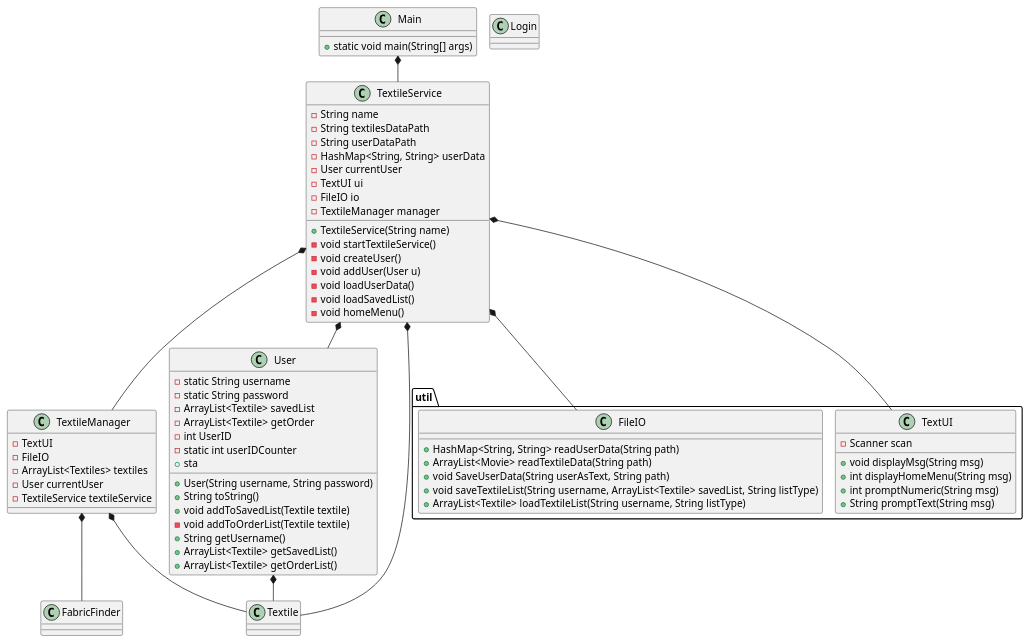
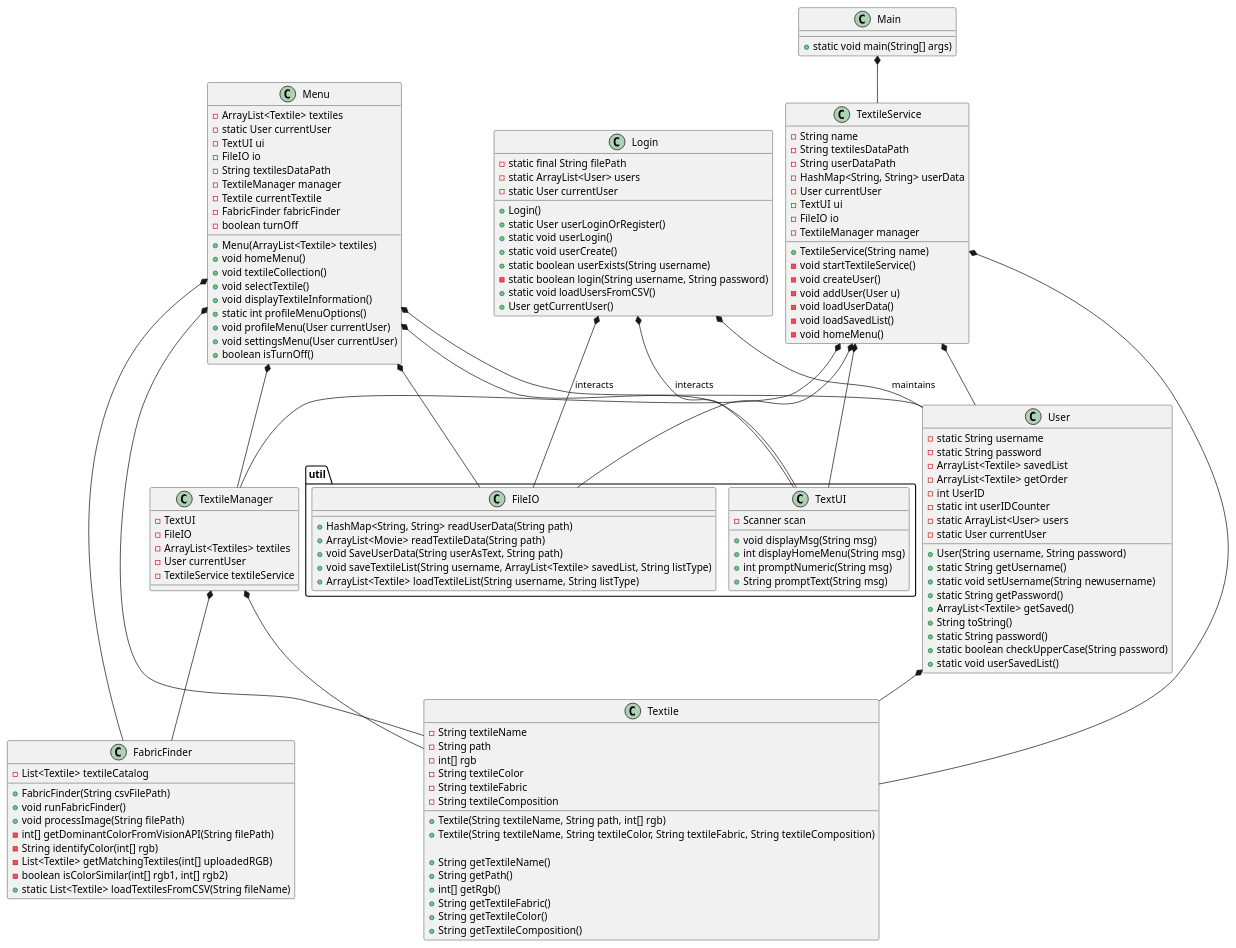
One commit to Griffenholm/ICE changed the diagram in doc/classdiagram/classdiagram.puml. Above: the diagram before and after it, drawn with PlantUML.

Commit message:
klassediagram update

```diff
--- a/doc/classdiagram/classdiagram.puml
+++ b/doc/classdiagram/classdiagram.puml
@@ -1,88 +1,162 @@
 @startuml
 !pragma layout smetana
 
 class Main {
 + static void main(String[] args)
 }
 
 
 class TextileService{
 - String name
 - String textilesDataPath
 - String userDataPath
 - HashMap<String, String> userData
 - User currentUser
 - TextUI ui
 - FileIO io
 - TextileManager manager
 + TextileService(String name)
 - void startTextileService()
 - void createUser()
 - void addUser(User u)
 - void loadUserData()
 - void loadSavedList()
 - void homeMenu()
 }
 
 class TextileManager{
 - TextUI
 - FileIO
 - ArrayList<Textiles> textiles
 - User currentUser
 - TextileService textileService
 }
 
 class FabricFinder{
+ - List<Textile> textileCatalog
+
+    + FabricFinder(String csvFilePath)
+    + void runFabricFinder()
+    + void processImage(String filePath)
+    - int[] getDominantColorFromVisionAPI(String filePath)
+    - String identifyColor(int[] rgb)
+    - List<Textile> getMatchingTextiles(int[] uploadedRGB)
+    - boolean isColorSimilar(int[] rgb1, int[] rgb2)
+    + static List<Textile> loadTextilesFromCSV(String fileName)
 }
 
-class Login{
+class Login {
+    - static final String filePath
+    - static ArrayList<User> users
+    - static User currentUser
+
+    + Login()
+    + static User userLoginOrRegister()
+    + static void userLogin()
+    + static void userCreate()
+    + static boolean userExists(String username)
+    - static boolean login(String username, String password)
+    + static void loadUsersFromCSV()
+    + User getCurrentUser()
 }
 
 class User {
-- static String username
-- static String password
-- ArrayList<Textile> savedList
-- ArrayList<Textile> getOrder
-- int UserID
-- static int userIDCounter
-+ sta
-+ User(String username, String password)
-+ String toString()
-+ void addToSavedList(Textile textile)
-- void addToOrderList(Textile textile)
-+ String getUsername()
-+ ArrayList<Textile> getSavedList()
-+ ArrayList<Textile> getOrderList()
+    - static String username
+    - static String password
+    - ArrayList<Textile> savedList
+    - ArrayList<Textile> getOrder
+    - int UserID
+    - static int userIDCounter
+    - static ArrayList<User> users
+    - static User currentUser
+
+    + User(String username, String password)
+    + static String getUsername()
+    + static void setUsername(String newusername)
+    + static String getPassword()
+    + ArrayList<Textile> getSaved()
+    + String toString()
+    + static String password()
+    + static boolean checkUpperCase(String password)
+    + static void userSavedList()
 }
 
-class Textile {}
+class Textile {
+    - String textileName
+    - String path
+    - int[] rgb
+    - String textileColor
+    - String textileFabric
+    - String textileComposition
+
+    + Textile(String textileName, String path, int[] rgb)
+    + Textile(String textileName, String textileColor, String textileFabric, String textileComposition)
+
+    + String getTextileName()
+    + String getPath()
+    + int[] getRgb()
+    + String getTextileFabric()
+    + String getTextileColor()
+    + String getTextileComposition()
+}
+
+class Menu {
+    - ArrayList<Textile> textiles
+    - static User currentUser
+    - TextUI ui
+    - FileIO io
+    - String textilesDataPath
+    - TextileManager manager
+    - Textile currentTextile
+    - FabricFinder fabricFinder
+    - boolean turnOff
+
+    + Menu(ArrayList<Textile> textiles)
+    + void homeMenu()
+    + void textileCollection()
+    + void selectTextile()
+    + void displayTextileInformation()
+    + static int profileMenuOptions()
+    + void profileMenu(User currentUser)
+    + void settingsMenu(User currentUser)
+    + boolean isTurnOff()
+}
 
 package "util" {
 
 class TextUI {
 - Scanner scan
 + void displayMsg(String msg)
 + int displayHomeMenu(String msg)
 + int promptNumeric(String msg)
 + String promptText(String msg)
 }
 
 class FileIO {
 + HashMap<String, String> readUserData(String path)
 + ArrayList<Movie> readTextileData(String path)
 + void SaveUserData(String userAsText, String path)
 + void saveTextileList(String username, ArrayList<Textile> savedList, String listType)
 + ArrayList<Textile> loadTextileList(String username, String listType)
 }
 }
 
 Main *-- TextileService
 TextileService *-- FileIO
 TextileService *-- TextUI
 TextileService *-- User
 TextileService *-- TextileManager
 TextileManager *-- Textile
 TextileManager *-- FabricFinder
 TextileService *-- Textile
 User *-- Textile
+Menu *-- Textile
+Menu *-- TextileManager
+Menu *-- FabricFinder
+Menu *-- TextUI
+Menu *-- FileIO
+Menu *-- User
+Login *-- User : maintains
+Login *-- TextUI : interacts
+Login *-- FileIO : interacts
 @enduml
```
